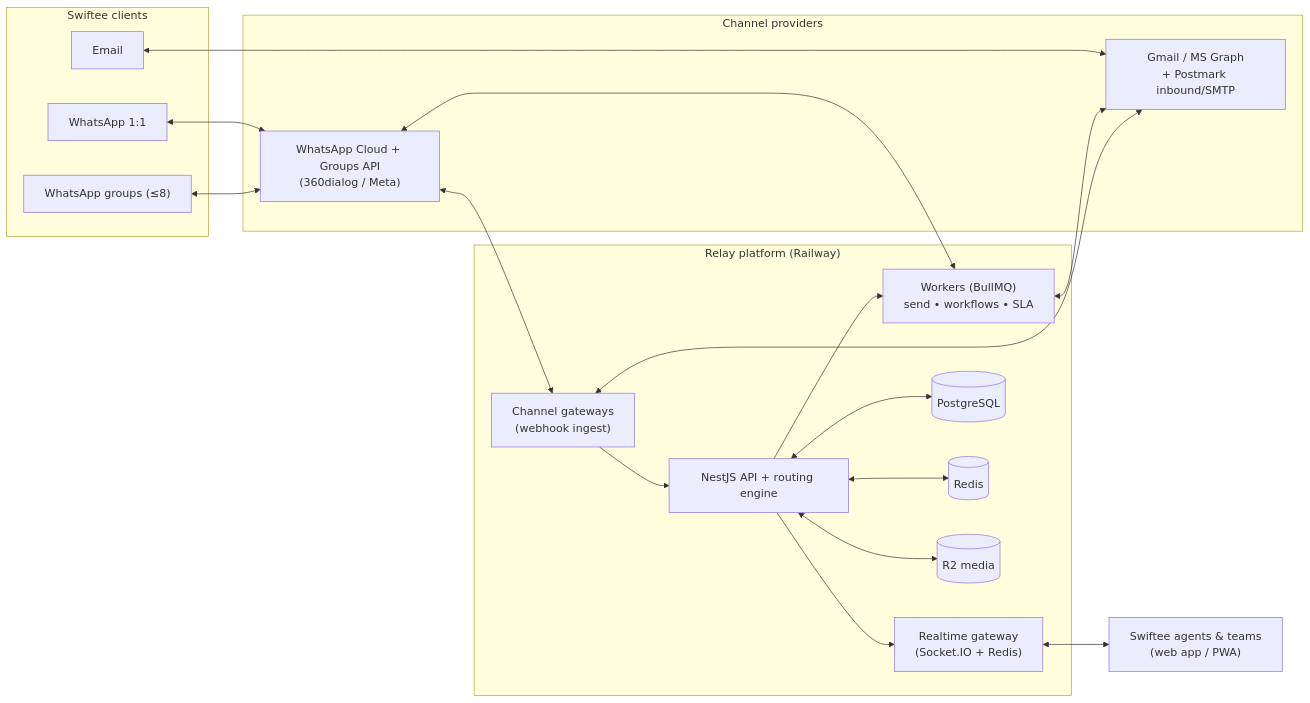
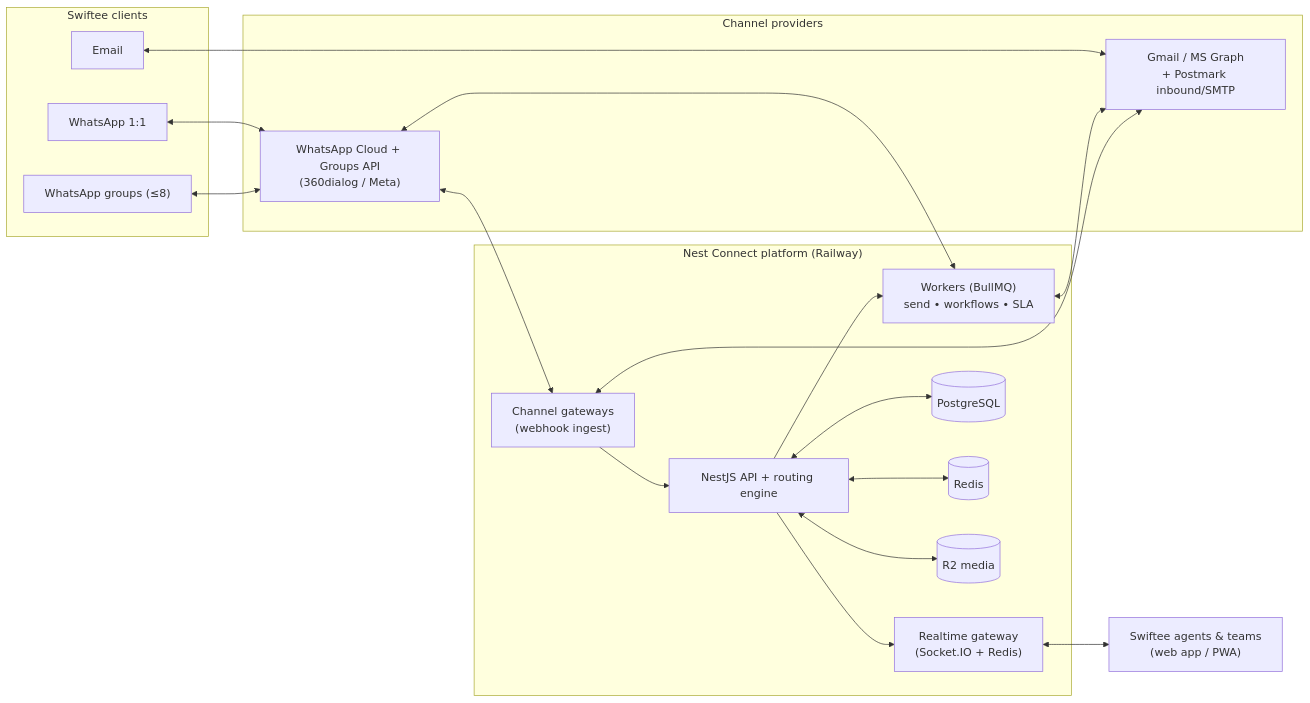
The diagram in README.md (Nathan-swiftee/NestConnect), drawn with Mermaid before and after one commit. The commit also changed other lines of this file and 14 other files, not shown here.

First line of the commit message:
Rebrand platform to "Nest Connect"

````diff
--- a/README.md
+++ b/README.md
@@ -57,40 +57,40 @@
 ```mermaid
 flowchart LR
     subgraph Clients["Swiftee clients"]
       WA["WhatsApp 1:1"]
       WG["WhatsApp groups (≤8)"]
       EM["Email"]
     end
 
     subgraph Providers["Channel providers"]
       META["WhatsApp Cloud + Groups API<br/>(360dialog / Meta)"]
       MAIL["Gmail / MS Graph<br/>+ Postmark inbound/SMTP"]
     end
 
-    subgraph Relay["Relay platform (Railway)"]
+    subgraph NC["Nest Connect platform (Railway)"]
       GW["Channel gateways<br/>(webhook ingest)"]
       API["NestJS API + routing engine"]
       RT["Realtime gateway<br/>(Socket.IO + Redis)"]
       WK["Workers (BullMQ)<br/>send • workflows • SLA"]
       DB[("PostgreSQL")]
       RD[("Redis")]
       R2[("R2 media")]
     end
 
     Agents["Swiftee agents & teams<br/>(web app / PWA)"]
 
     WA <--> META
     WG <--> META
     EM <--> MAIL
     META <--> GW
     MAIL <--> GW
     GW --> API
     API <--> DB
     API <--> RD
     API --> WK
     WK <--> META
     WK <--> MAIL
     API --> RT
     RT <--> Agents
     API <--> R2
 ```
````
